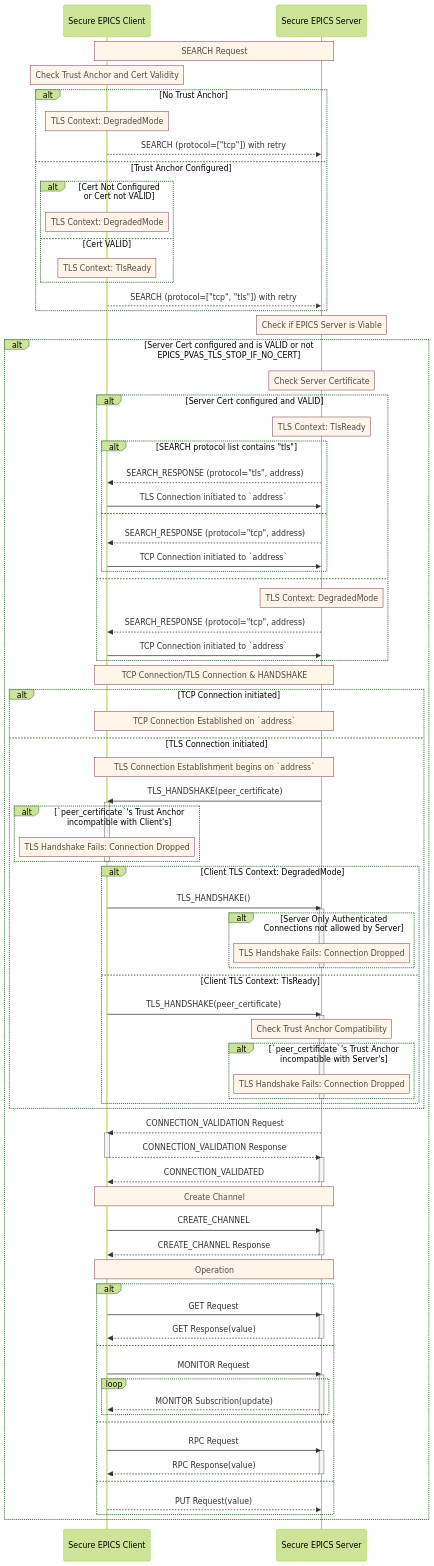
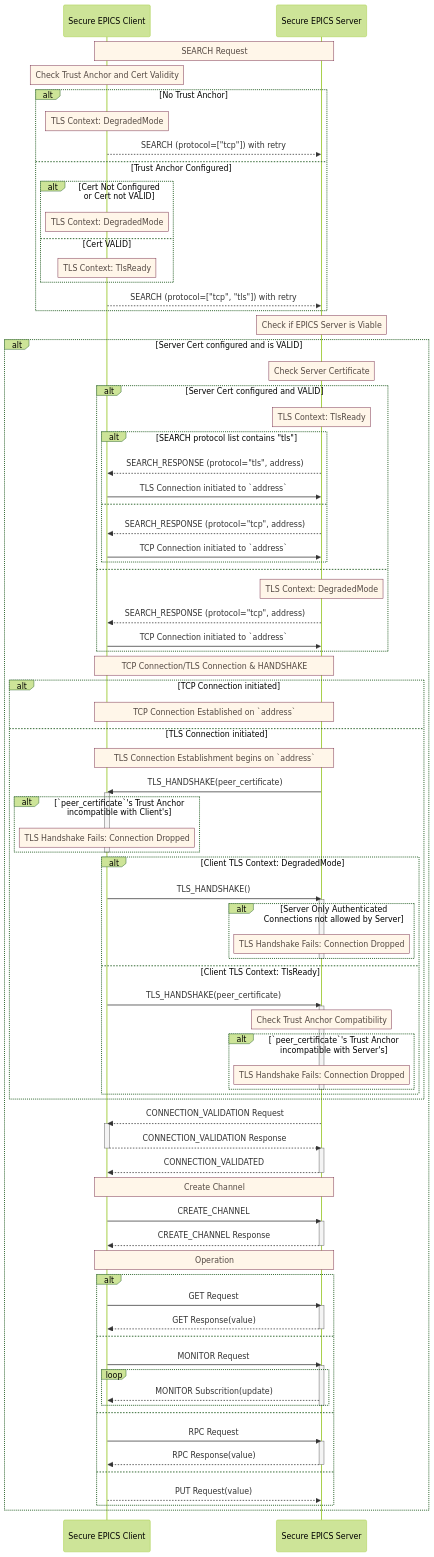
The diagram in documentation/diagram_specs/tls_seq.mmd (epics-base/pvxs), drawn with Mermaid before and after one commit. The commit also changed 6 other files, not shown here.

Commit message:
Remove `EPICS_PVAS_TLS_STOP_IF_NO_CERT` configuration: Update documentation, diagrams, and server logic to deprecate the option, simplifying configuration and improving maintainability. Adjust variable naming for consistency in TLS context initialization.

```diff
--- a/documentation/diagram_specs/tls_seq.mmd
+++ b/documentation/diagram_specs/tls_seq.mmd
@@ -1,124 +1,124 @@
 %%{init: {
     'theme': 'forest',
     'themeVariables': {
         'noteBkgColor': '#fff6e9',
         'noteBorderColor': '#7c334f',
         'noteTextColor': '#544943',
         'fontFamily': 'Georgia Serif',
         'fontSize': '12px',
         'messageFontSize': '12px',
         'noteFontSize': '12px',
         'actorFontSize': '14px',
         'width': 1200,
         'boxMargin': 20,
         'messageMargin': 40
     }
 }}%%
 sequenceDiagram
     participant Agent as Secure EPICS Client
     participant Peer as Secure EPICS Server
 
     Note over Agent,Peer: SEARCH Request
     %% Trust Validation Phase
     Note over Agent: Check Trust Anchor and Cert Validity
     alt No Trust Anchor
         Note over Agent: TLS Context: DegradedMode
         Agent-->>Peer: SEARCH (protocol=["tcp"]) with retry
     else Trust Anchor Configured
         alt Cert Not Configured or Cert not VALID
             Note over Agent: TLS Context: DegradedMode
         else Cert VALID
             Note over Agent: TLS Context: TlsReady
         end
         Agent-->>Peer: SEARCH (protocol=["tcp", "tls"]) with retry
     end
 
     % Check Server Phase
     Note over Peer: Check if EPICS Server is Viable
-    alt Server Cert configured and is VALID or not EPICS_PVAS_TLS_STOP_IF_NO_CERT
+    alt Server Cert configured and is VALID
         Note over Peer: Check Server Certificate
         alt Server Cert configured and VALID
             Note over Peer: TLS Context: TlsReady
             alt SEARCH protocol list contains "tls"
                 Peer-->>Agent: SEARCH_RESPONSE (protocol="tls", address)
                 Agent->>Peer: TLS Connection initiated to `address`
             else
                 Peer-->>Agent: SEARCH_RESPONSE (protocol="tcp", address)
                 Agent->>Peer: TCP Connection initiated to `address`
             end
         else
             Note over Peer: TLS Context: DegradedMode
             Peer-->>Agent: SEARCH_RESPONSE (protocol="tcp", address)
             Agent->>Peer: TCP Connection initiated to `address`
         end
 
         % Connection and Handshake Phase
         Note over Agent,Peer: TCP Connection/TLS Connection & HANDSHAKE
         alt TCP Connection initiated
             Note over Agent, Peer: TCP Connection Established on `address`
         else TLS Connection initiated
             Note over Agent,Peer: TLS Connection Establishment begins on `address`
             Peer->>Agent: TLS_HANDSHAKE(peer_certificate)
             activate Agent
             alt `peer_certificate`'s Trust Anchor incompatible with Client's
                 Note over Agent: TLS Handshake Fails: Connection Dropped
             end
             deactivate Agent
 
             alt Client TLS Context: DegradedMode
                 Agent->>Peer: TLS_HANDSHAKE()
                 activate Peer
                 alt Server Only Authenticated Connections not allowed by Server
                     Note over Peer: TLS Handshake Fails: Connection Dropped
                 end
                 deactivate Peer
             else Client TLS Context: TlsReady
                 Agent->>Peer: TLS_HANDSHAKE(peer_certificate)
                 activate Peer
                 Note over Peer: Check Trust Anchor Compatibility
                 alt `peer_certificate`'s Trust Anchor incompatible with Server's
                     Note over Peer: TLS Handshake Fails: Connection Dropped
                 end
                 deactivate Peer
             end
         end
 
         %% Connection Validation Phase
         Peer-->>Agent: CONNECTION_VALIDATION Request
         activate Agent
         Agent-->>Peer: CONNECTION_VALIDATION Response
         deactivate Agent
         activate Peer
         Peer-->>Agent: CONNECTION_VALIDATED
         deactivate Peer
 
         Note over Agent,Peer: Create Channel
         %% Channel Creation
         Agent->>Peer: CREATE_CHANNEL
         activate Peer
         Peer-->>Agent: CREATE_CHANNEL Response
         deactivate Peer
 
         Note over Agent,Peer: Operation
         %% Operations
         alt
             Agent->>Peer: GET Request
             activate Peer
             Peer-->>Agent: GET Response(value)
             deactivate Peer
         else
             Agent->>Peer: MONITOR Request
             activate Peer
             loop
                 Peer-->>Agent: MONITOR Subscrition(update)
             end
             deactivate Peer
         else
             Agent->>Peer: RPC Request
             activate Peer
             Peer-->>Agent: RPC Response(value)
             deactivate Peer
         else
             Agent-->>Peer: PUT Request(value)
         end
     end
```
